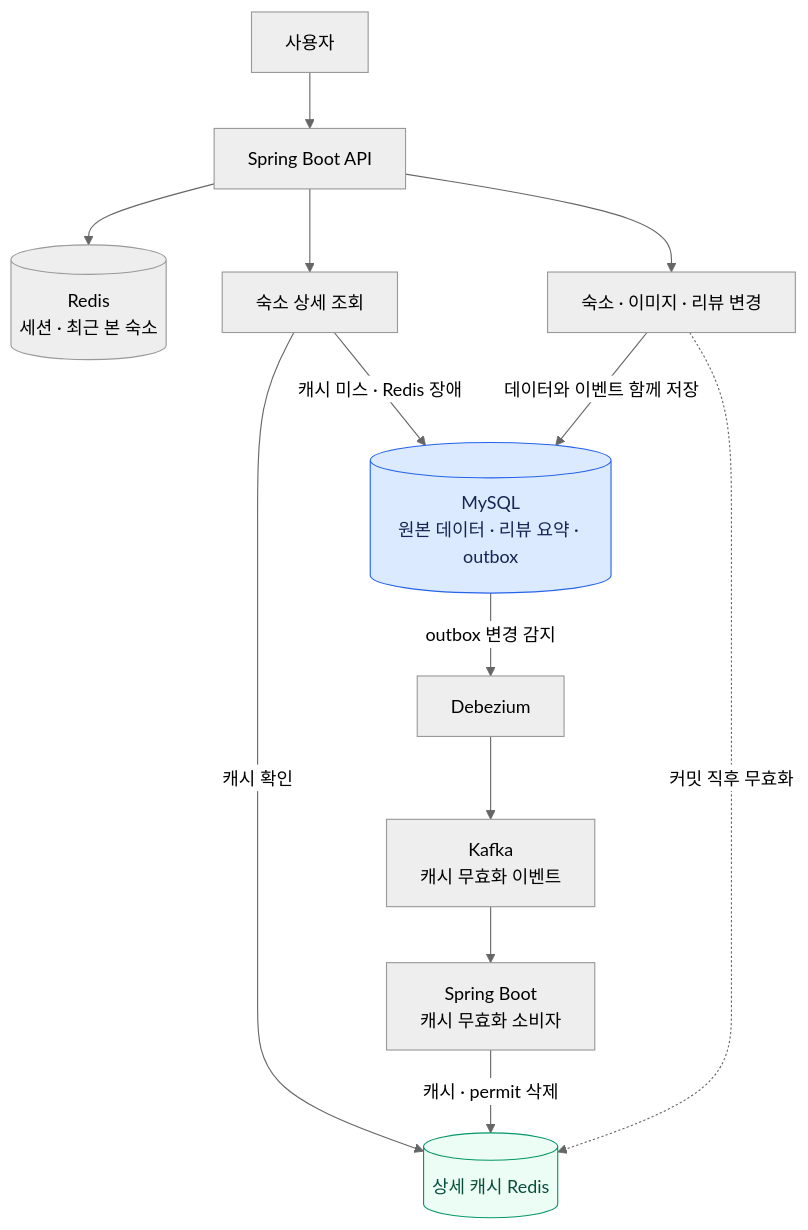
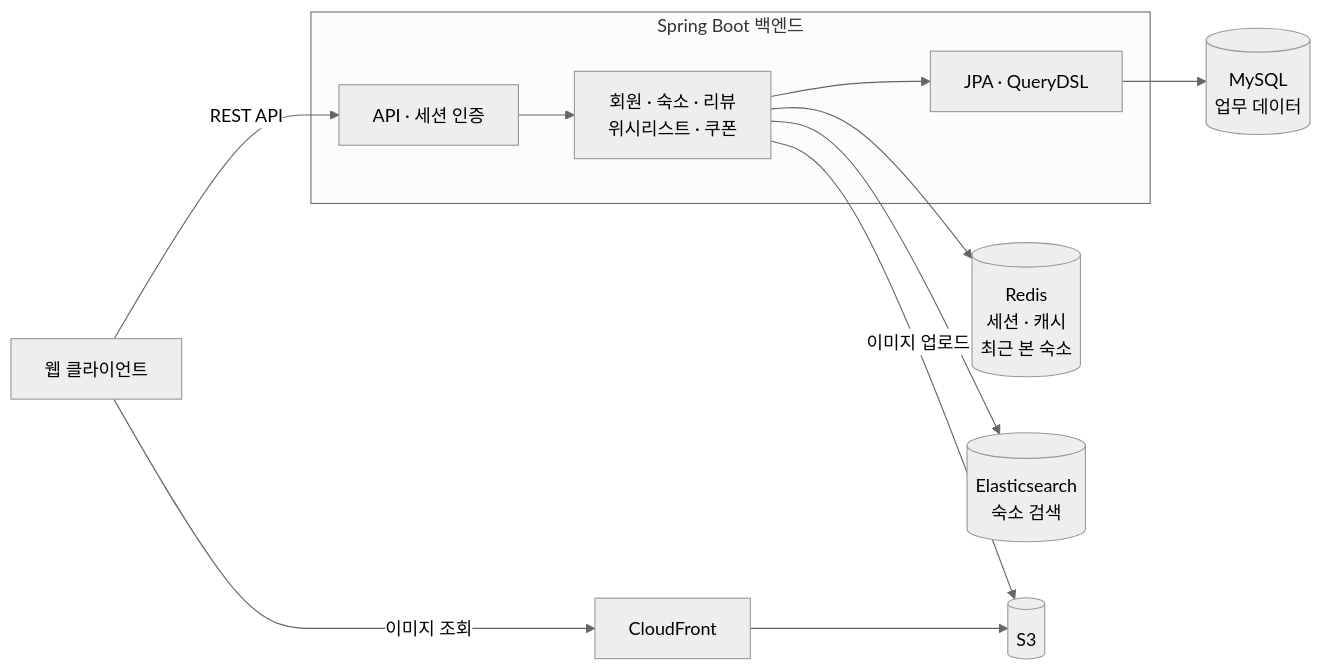
One commit to eeoos/airbob changed the first of 7 diagrams in README.md. Above: the diagram before and after it, drawn with Mermaid (neutral theme). The commit also changed other lines of this file, not shown here.

````diff
--- a/README.md
+++ b/README.md
@@ -33,20 +33,14 @@
 ```mermaid
-flowchart TB
-    User["사용자"] --> API["Spring Boot API"]
-    API --> Session[("Redis<br/>세션 · 최근 본 숙소")]
-    API --> Detail["숙소 상세 조회"]
-    Detail -->|"캐시 확인"| Cache[("상세 캐시 Redis")]
-    Detail -->|"캐시 미스 · Redis 장애"| DB[("MySQL<br/>원본 데이터 · 리뷰 요약 · outbox")]
-    API --> Change["숙소 · 이미지 · 리뷰 변경"]
-    Change -->|"데이터와 이벤트 함께 저장"| DB
-    Change -.->|"커밋 직후 무효화"| Cache
-    DB -->|"outbox 변경 감지"| CDC["Debezium"]
-    CDC --> Kafka["Kafka<br/>캐시 무효화 이벤트"]
-    Kafka --> Consumer["Spring Boot<br/>캐시 무효화 소비자"]
-    Consumer -->|"캐시 · permit 삭제"| Cache
-
-    classDef primary fill:#dbeafe,stroke:#2563eb,color:#172554
-    classDef derived fill:#ecfdf5,stroke:#059669,color:#064e3b
-    class DB primary
-    class Cache derived
+flowchart LR
+    Web["웹 클라이언트"] -->|"REST API"| API
+    subgraph Backend["Spring Boot 백엔드"]
+        API["API · 세션 인증"] --> Service["회원 · 숙소 · 리뷰<br/>위시리스트 · 쿠폰"]
+        Service --> Repository["JPA · QueryDSL"]
+    end
+    Repository --> MySQL[("MySQL<br/>업무 데이터")]
+    Service --> Redis[("Redis<br/>세션 · 캐시<br/>최근 본 숙소")]
+    Service --> ES[("Elasticsearch<br/>숙소 검색")]
+    Service -->|"이미지 업로드"| S3[("S3")]
+    Web -->|"이미지 조회"| CDN["CloudFront"]
+    CDN --> S3
 ```
````
